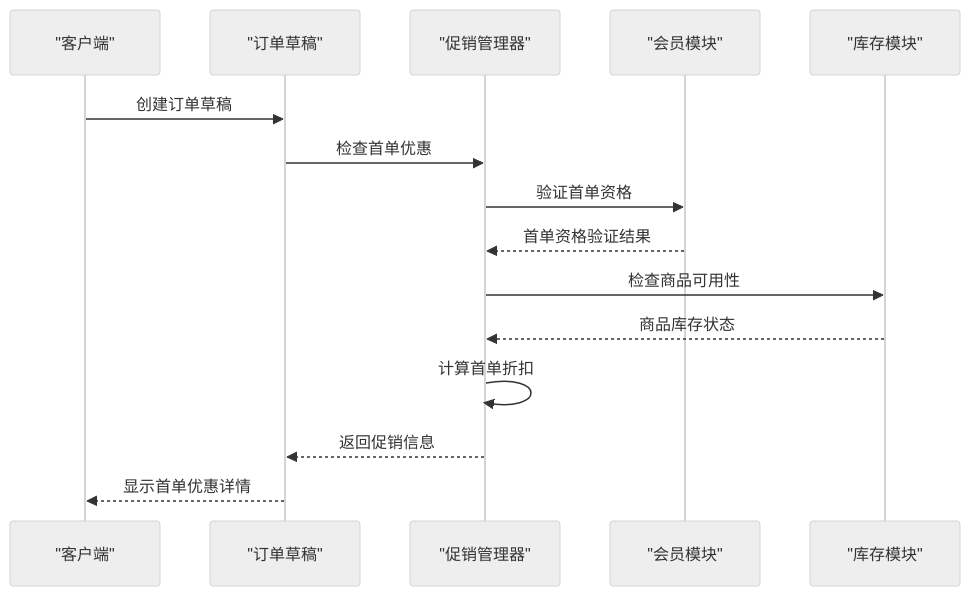
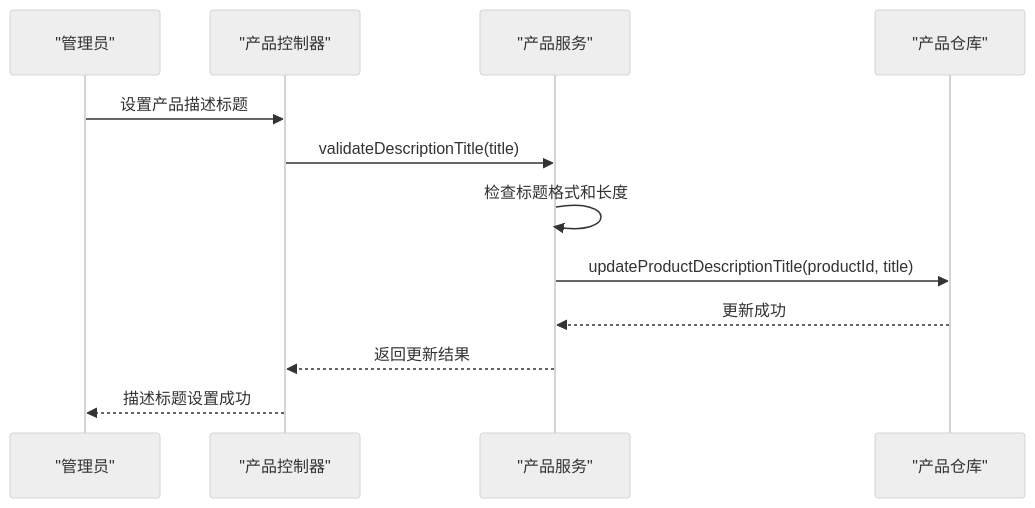
One commit to rc558620/purelyprofit-server changed diagram 11 of 24 in .qoder/repowiki/zh/content/业务模块/营销推广模块/营销推广模块.md. Above: the diagram before and after it, drawn with Mermaid (neutral theme). The commit also changed other lines of this file and 19 other files, not shown here.

````diff
--- a/.qoder/repowiki/zh/content/业务模块/营销推广模块/营销推广模块.md
+++ b/.qoder/repowiki/zh/content/业务模块/营销推广模块/营销推广模块.md
@@ -602,17 +585,14 @@
 ```mermaid
 sequenceDiagram
-participant Client as "客户端"
-participant OrderDraft as "订单草稿"
-participant PromotionMgr as "促销管理器"
-participant Member as "会员模块"
-participant Inventory as "库存模块"
-Client->>OrderDraft : 创建订单草稿
-OrderDraft->>PromotionMgr : 检查首单优惠
-PromotionMgr->>Member : 验证首单资格
-Member-->>PromotionMgr : 首单资格验证结果
-PromotionMgr->>Inventory : 检查商品可用性
-Inventory-->>PromotionMgr : 商品库存状态
-PromotionMgr->>PromotionMgr : 计算首单折扣
-PromotionMgr-->>OrderDraft : 返回促销信息
-OrderDraft-->>Client : 显示首单优惠详情
+participant Admin as "管理员"
+participant ProductCtrl as "产品控制器"
+participant ProductService as "产品服务"
+participant ProductRepo as "产品仓库"
+Admin->>ProductCtrl : 设置产品描述标题
+ProductCtrl->>ProductService : validateDescriptionTitle(title)
+ProductService->>ProductService : 检查标题格式和长度
+ProductService->>ProductRepo : updateProductDescriptionTitle(productId, title)
+ProductRepo-->>ProductService : 更新成功
+ProductService-->>ProductCtrl : 返回更新结果
+ProductCtrl-->>Admin : 描述标题设置成功
 ```
````
